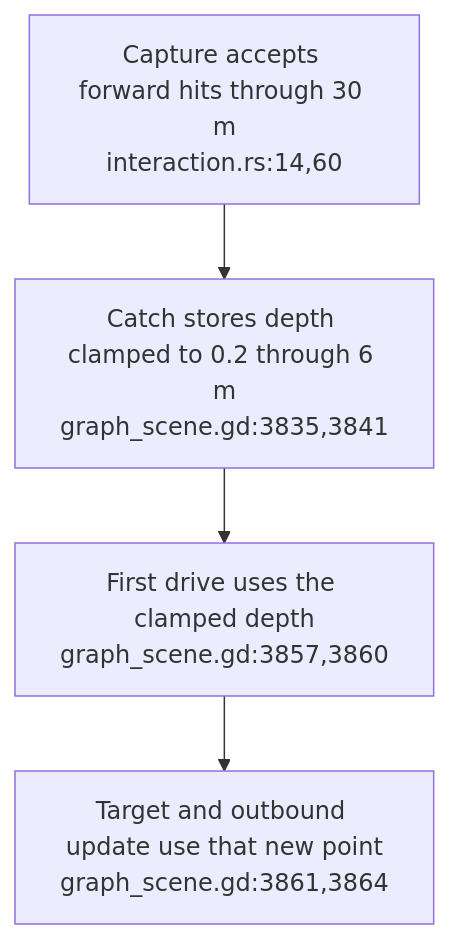
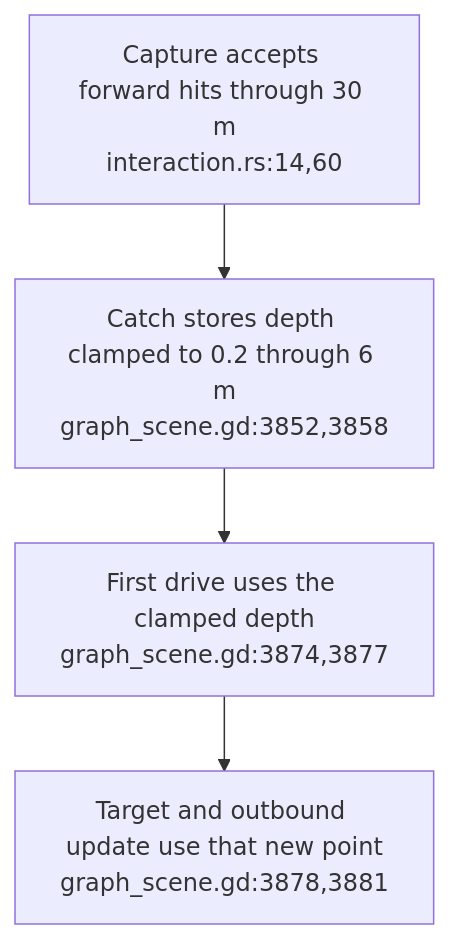
The fourth of 6 diagrams in docs/diagrams/visionclaw/53-xr-grab-lifetimes-and-input.md (DreamLab-AI/VisionFlow), drawn with Mermaid before and after one commit. The commit also changed other lines of this file and 49 other files, not shown here.

First line of the commit message:
docs(diagrams): re-derive and re-stamp VisionClaw, estate, knowledge-graph, visionGraph, VisionFlow and sidestr topics

````diff
--- a/docs/diagrams/visionclaw/53-xr-grab-lifetimes-and-input.md
+++ b/docs/diagrams/visionclaw/53-xr-grab-lifetimes-and-input.md
@@ -68,6 +68,6 @@
 ```mermaid
 flowchart TD
-    RAY["Capture accepts forward hits through 30 m<br/>interaction.rs:14,60"] --> START["Catch stores depth clamped to 0.2 through 6 m<br/>graph_scene.gd:3835,3841"]
-    START --> DRIVE["First drive uses the clamped depth<br/>graph_scene.gd:3857,3860"]
-    DRIVE --> TARGET["Target and outbound update use that new point<br/>graph_scene.gd:3861,3864"]
+    RAY["Capture accepts forward hits through 30 m<br/>interaction.rs:14,60"] --> START["Catch stores depth clamped to 0.2 through 6 m<br/>graph_scene.gd:3852,3858"]
+    START --> DRIVE["First drive uses the clamped depth<br/>graph_scene.gd:3874,3877"]
+    DRIVE --> TARGET["Target and outbound update use that new point<br/>graph_scene.gd:3878,3881"]
 ```
````
